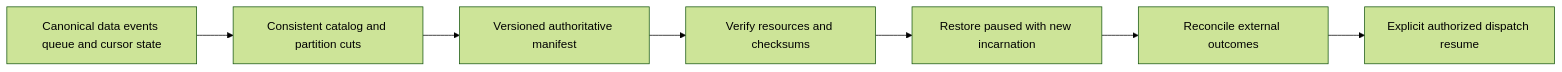
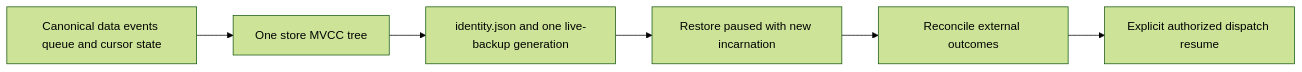
One commit to managedcode/KeyLoad changed the diagram in docs/ADR/ADR-008-backup-log-retention.md. Above: the diagram before and after it, drawn with Mermaid (forest theme). The commit also changed other lines of this file and 1072 other files, not shown here.

First line of the commit message:
Use native ZoneTree storage, snapshots and backup operations

````diff
--- a/docs/ADR/ADR-008-backup-log-retention.md
+++ b/docs/ADR/ADR-008-backup-log-retention.md
@@ -29,9 +27,8 @@
 ```mermaid
 flowchart LR
-    Sources[Canonical data events queue and cursor state] --> Cut[Consistent catalog and partition cuts]
-    Cut --> Manifest[Versioned authoritative manifest]
-    Manifest --> Validate[Verify resources and checksums]
-    Validate --> Restore[Restore paused with new incarnation]
+    Sources[Canonical data events queue and cursor state] --> Tree[One store MVCC tree]
+    Tree --> Backup[identity.json and one live-backup generation]
+    Backup --> Restore[Restore paused with new incarnation]
     Restore --> Review[Reconcile external outcomes]
     Review --> Resume[Explicit authorized dispatch resume]
 ```
````
